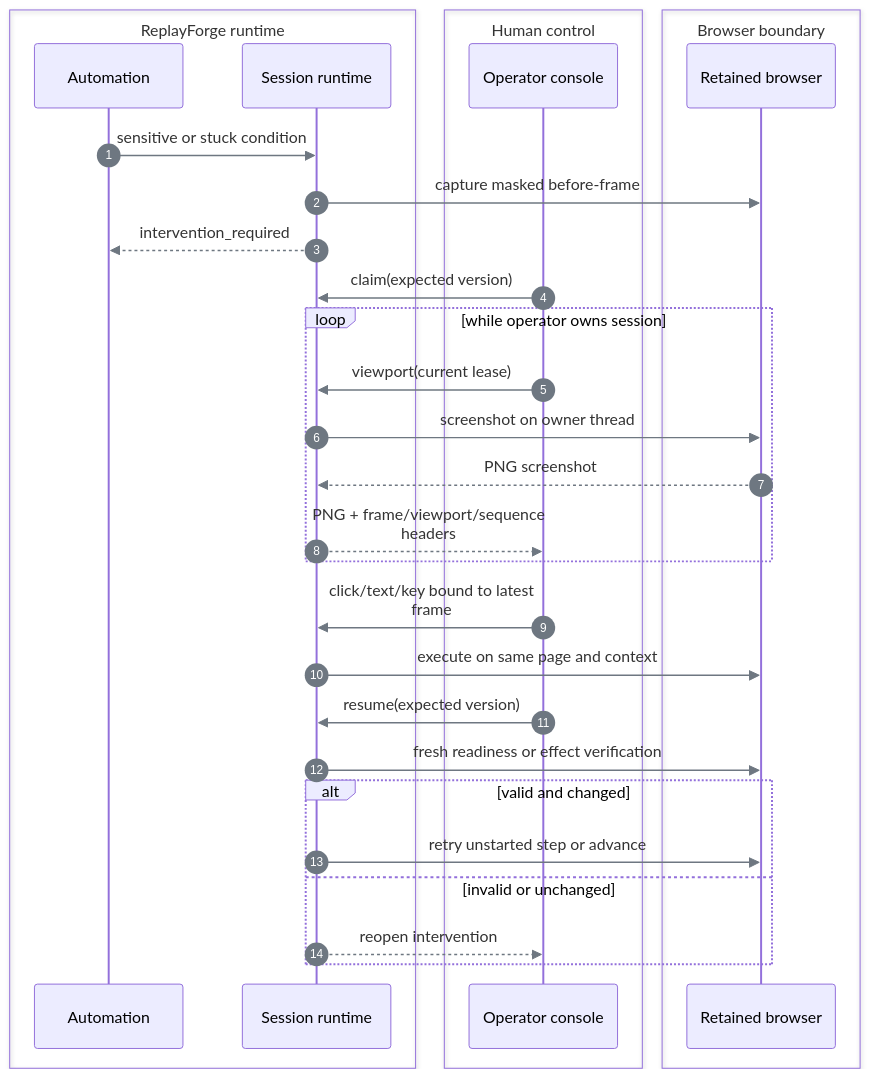
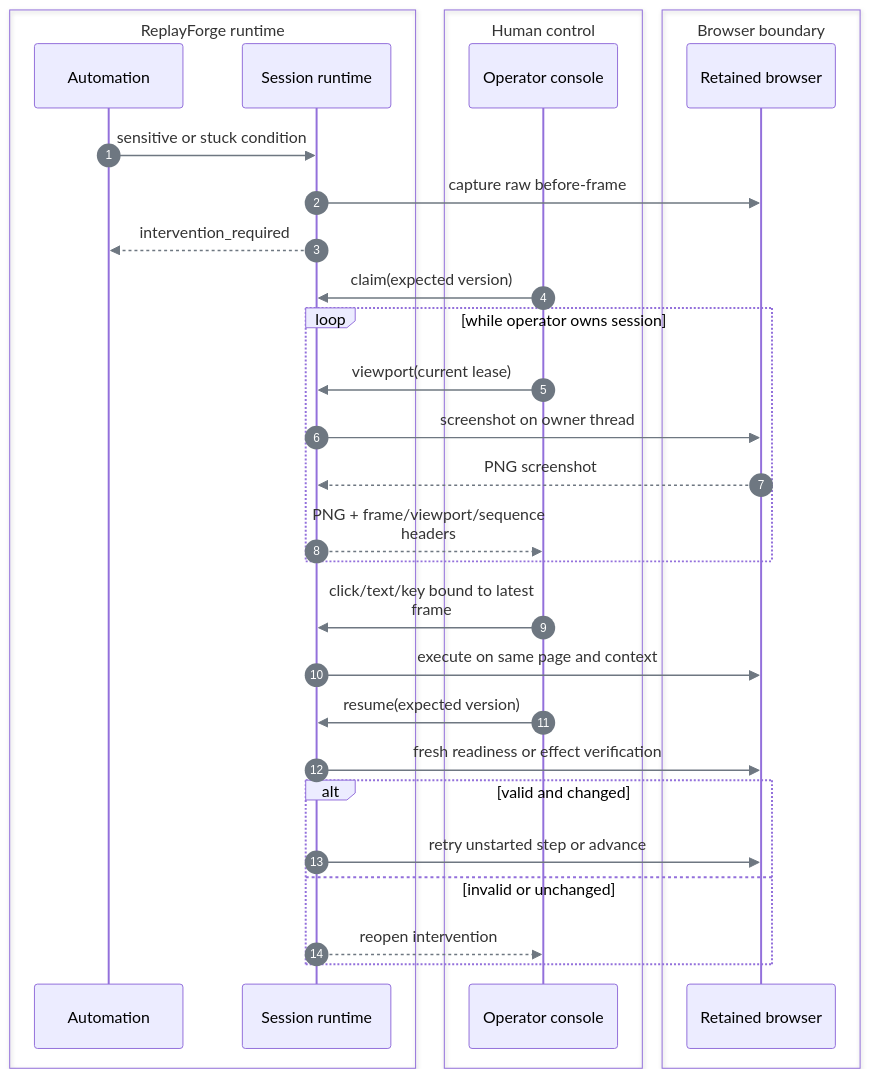
The third of 3 diagrams in docs/safety-and-handoff.md (SivaTSS/replay-forge), drawn with Mermaid before and after one commit. The commit also changed other lines of this file and 22 other files, not shown here.

````diff
--- a/docs/safety-and-handoff.md
+++ b/docs/safety-and-handoff.md
@@ -95,34 +95,34 @@
 ```mermaid
 %%{init: {"htmlLabels":false,"themeVariables":{"lineColor":"#6E7781","signalColor":"#6E7781"},"flowchart":{"curve":"linear"},"sequence":{"wrap":true}}}%%
 sequenceDiagram
     autonumber
     box ReplayForge runtime
         participant A as Automation
         participant R as Session runtime
     end
     box Human control
         participant O as Operator console
     end
     box Browser boundary
         participant B as Retained browser
     end
     A->>R: sensitive or stuck condition
-    R->>B: capture masked before-frame
+    R->>B: capture raw before-frame
     R-->>A: intervention_required
     O->>R: claim(expected version)
     loop while operator owns session
         O->>R: viewport(current lease)
         R->>B: screenshot on owner thread
         B-->>R: PNG screenshot
         R-->>O: PNG + frame/viewport/sequence headers
     end
     O->>R: click/text/key bound to latest frame
     R->>B: execute on same page and context
     O->>R: resume(expected version)
     R->>B: fresh readiness or effect verification
     alt valid and changed
         R->>B: retry unstarted step or advance
     else invalid or unchanged
         R-->>O: reopen intervention
     end
 ```
````
